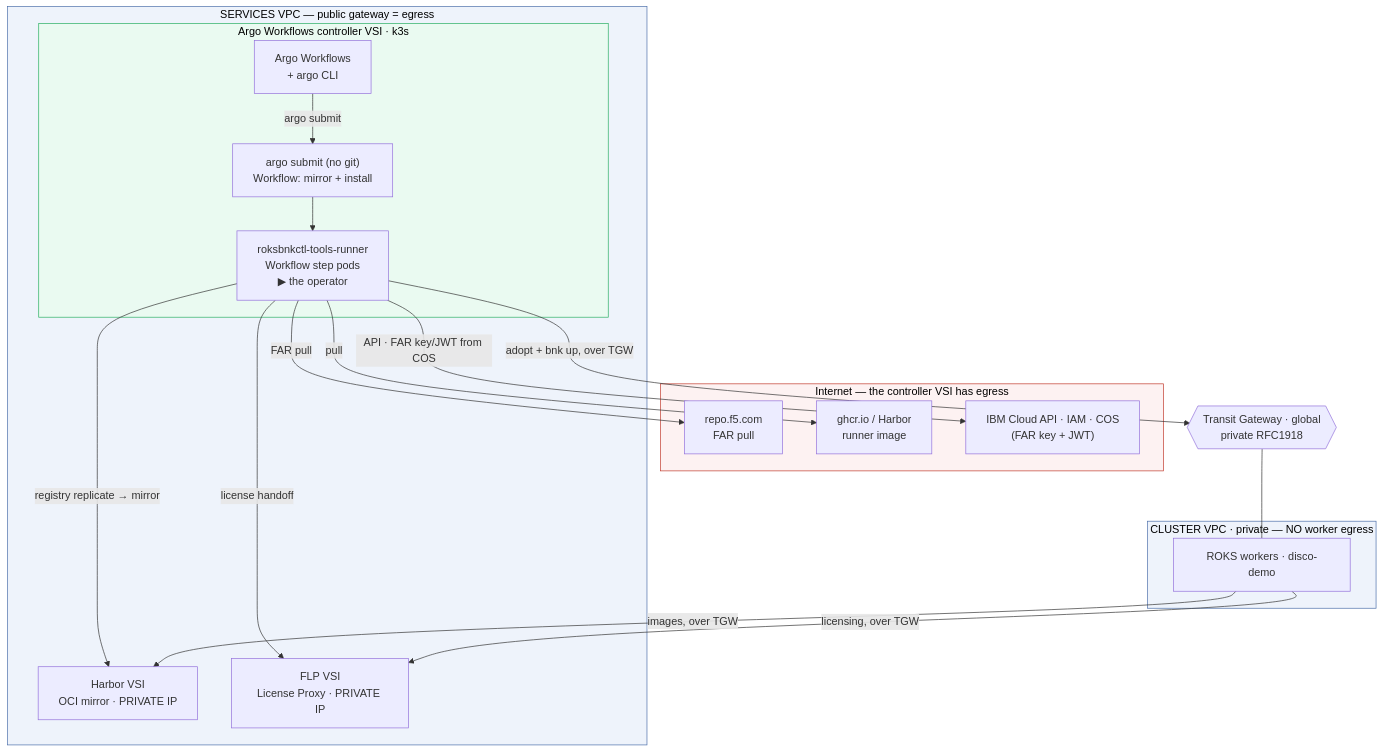
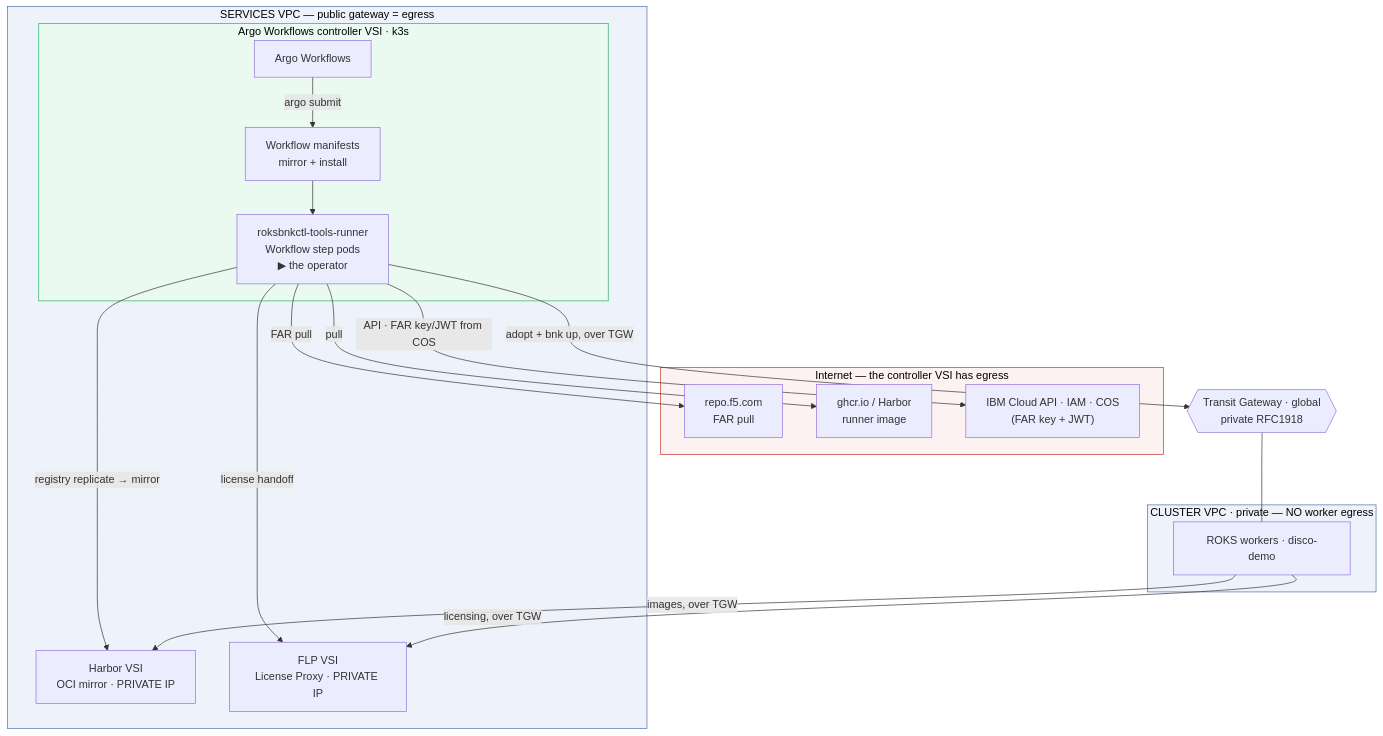
Before and after one commit to jgruberf5/roksbnkctl: the second of 2 diagrams in book/src/appendix-a-disconnected-roks-cluster.md, drawn with Mermaid. The commit also changed other lines of this file and 1 other file, not shown here.

First line of the commit message:
docs(appendix-a): drop git framing, tidy Argo diagram; PDF keeps code blocks unbroken

````diff
--- a/book/src/appendix-a-disconnected-roks-cluster.md
+++ b/book/src/appendix-a-disconnected-roks-cluster.md
@@ -555,38 +555,38 @@
 ```mermaid
 graph TB
     subgraph net["Internet — the controller VSI has egress"]
         FAR["repo.f5.com<br/>FAR pull"]
         IMG["ghcr.io / Harbor<br/>runner image"]
         IBM["IBM Cloud API · IAM · COS<br/>(FAR key + JWT)"]
     end
     subgraph svc["SERVICES VPC — public gateway = egress"]
         subgraph ctl["Argo Workflows controller VSI · k3s"]
-            AC["Argo Workflows<br/>+ argo CLI"]
-            SRC["argo submit (no git)<br/>Workflow: mirror + install"]
+            AC["Argo Workflows"]
+            SRC["Workflow manifests<br/>mirror + install"]
             Runner["roksbnkctl-tools-runner<br/>Workflow step pods<br/>▶ the operator"]
         end
         Harbor["Harbor VSI<br/>OCI mirror · PRIVATE IP"]
         FLP["FLP VSI<br/>License Proxy · PRIVATE IP"]
     end
     TGW{{"Transit Gateway · global<br/>private RFC1918"}}
     subgraph clu["CLUSTER VPC · private — NO worker egress"]
         Workers["ROKS workers · disco-demo"]
     end
     AC -->|"argo submit"| SRC
     SRC --> Runner
     Runner -->|pull| IMG
     Runner -->|"registry replicate → mirror"| Harbor
     Runner -->|"FAR pull"| FAR
     Runner -->|"API · FAR key/JWT from COS"| IBM
     Runner -->|"adopt + bnk up, over TGW"| TGW
     Runner -->|"license handoff"| FLP
     TGW --- Workers
     Workers -->|"images, over TGW"| Harbor
     Workers -->|"licensing, over TGW"| FLP
     classDef vpc fill:#eef3fb,stroke:#4b6ea9,color:#000;
     classDef inet fill:#fdf2f2,stroke:#c0392b,color:#000;
     classDef controller fill:#eafaf1,stroke:#27ae60,color:#000;
     class svc,clu vpc;
     class net inet;
     class ctl controller;
 ```
````
